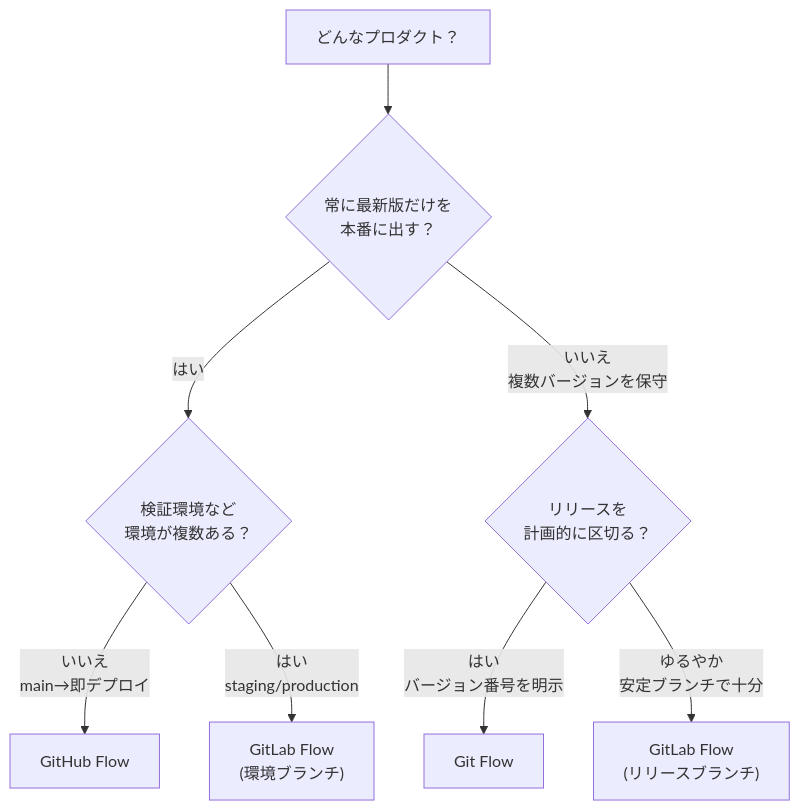
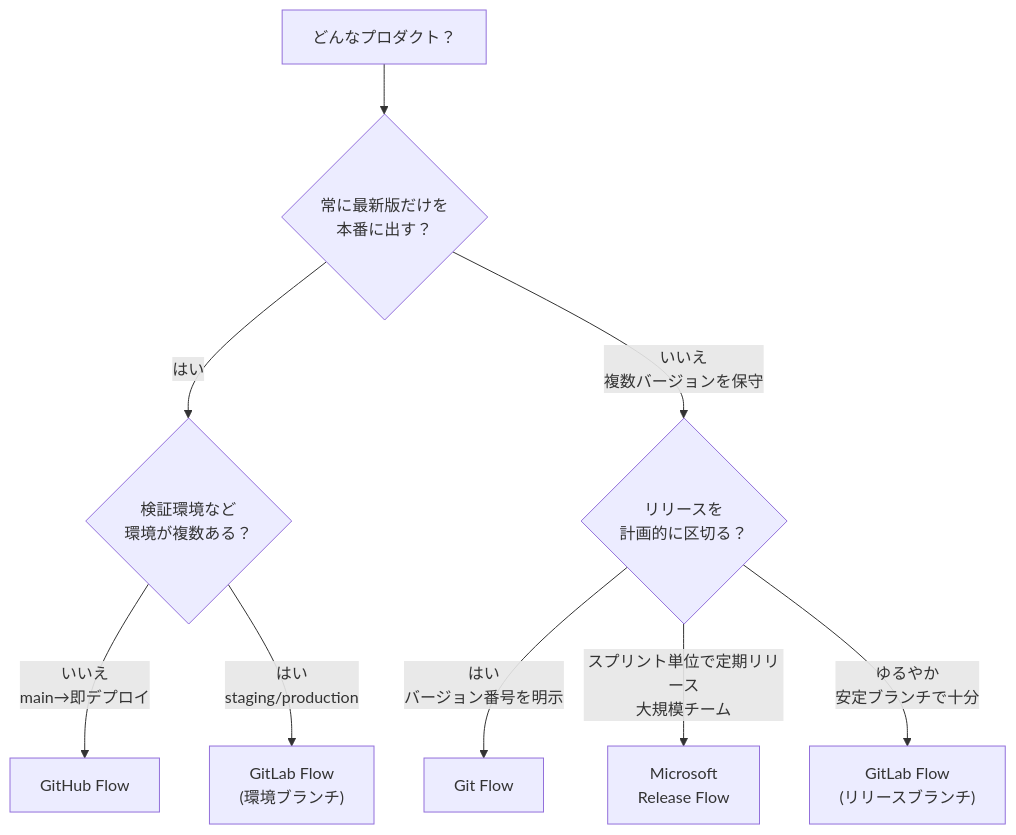
Before and after one commit to ykgw-daiki-nakamura/nakamura-git-tutorial: the diagram in docs/guide/branching-strategies.md, drawn with Mermaid. The commit also changed other lines of this file and 2 other files, not shown here.

First line of the commit message:
docs(guide): ブランチ戦略章に Microsoft Release Flow の解説ページを追加 (#110)

````diff
--- a/docs/guide/branching-strategies.md
+++ b/docs/guide/branching-strategies.md
@@ -18,10 +18,11 @@
 ```mermaid
 flowchart TD
     A["どんなプロダクト？"] --> B{"常に最新版だけを<br/>本番に出す？"}
     B -->|はい| C{"検証環境など<br/>環境が複数ある？"}
     B -->|いいえ<br/>複数バージョンを保守| D{"リリースを<br/>計画的に区切る？"}
     C -->|いいえ<br/>main→即デプロイ| E["GitHub Flow"]
     C -->|はい<br/>staging/production| F["GitLab Flow<br/>(環境ブランチ)"]
     D -->|はい<br/>バージョン番号を明示| G["Git Flow"]
+    D -->|スプリント単位で定期リリース<br/>大規模チーム| I["Microsoft<br/>Release Flow"]
     D -->|ゆるやか<br/>安定ブランチで十分| H["GitLab Flow<br/>(リリースブランチ)"]
 ```
````
